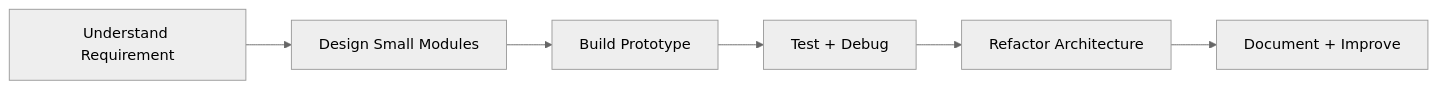
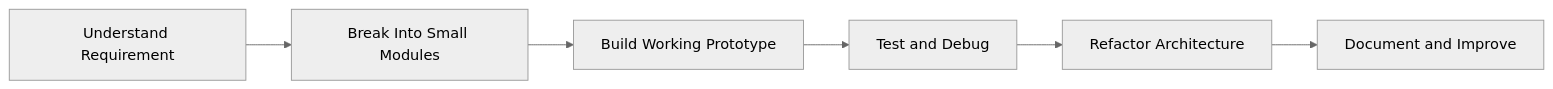
Before and after one commit to kazuha-alice/kazuha-alice: the diagram in README.md, drawn with Mermaid (neutral theme). The commit also changed other lines of this file, not shown here.

````diff
--- a/README.md
+++ b/README.md
@@ -151,8 +152,8 @@
 ```mermaid
 flowchart LR
-    A[Understand Requirement] --> B[Design Small Modules]
-    B --> C[Build Prototype]
-    C --> D[Test + Debug]
+    A[Understand Requirement] --> B[Break Into Small Modules]
+    B --> C[Build Working Prototype]
+    C --> D[Test and Debug]
     D --> E[Refactor Architecture]
-    E --> F[Document + Improve]
+    E --> F[Document and Improve]
 ```
````
